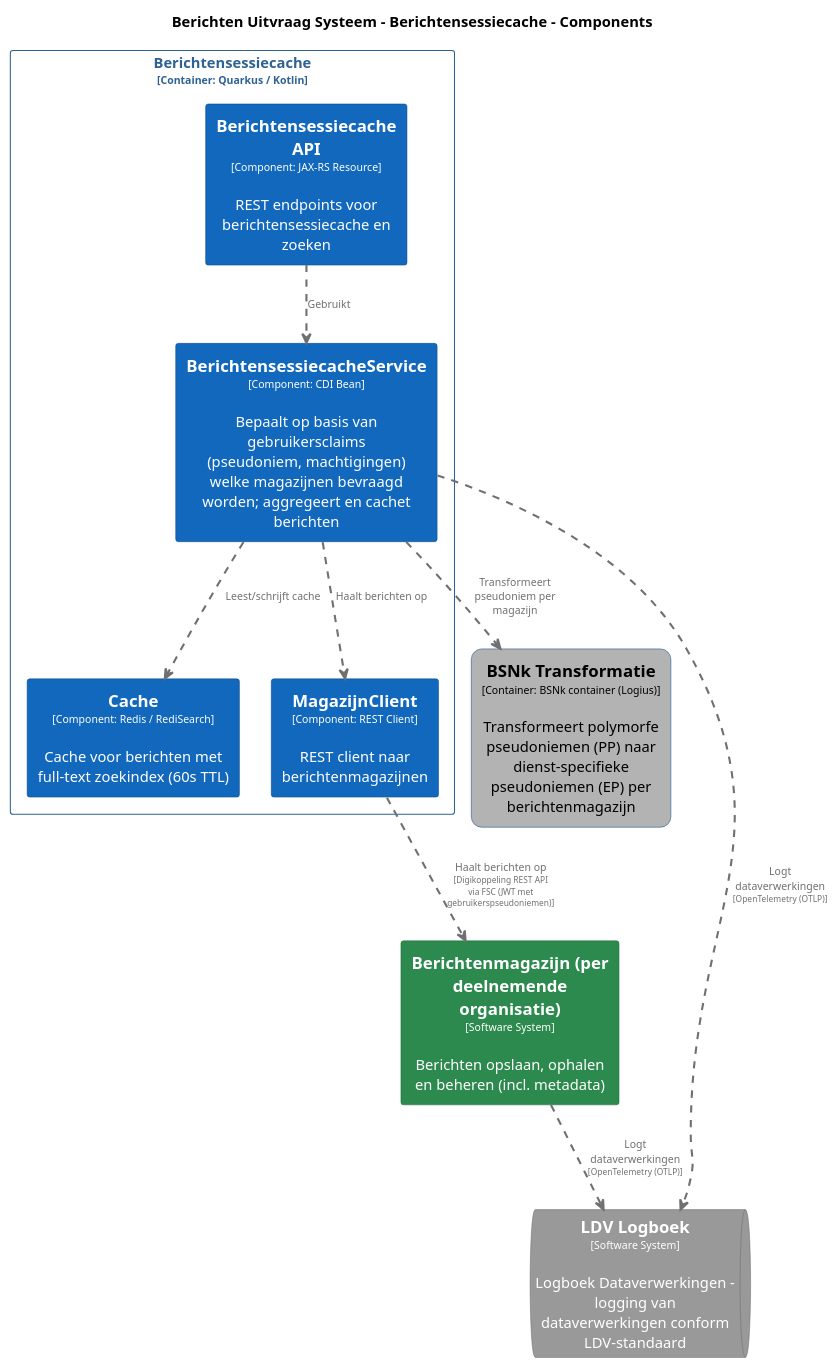
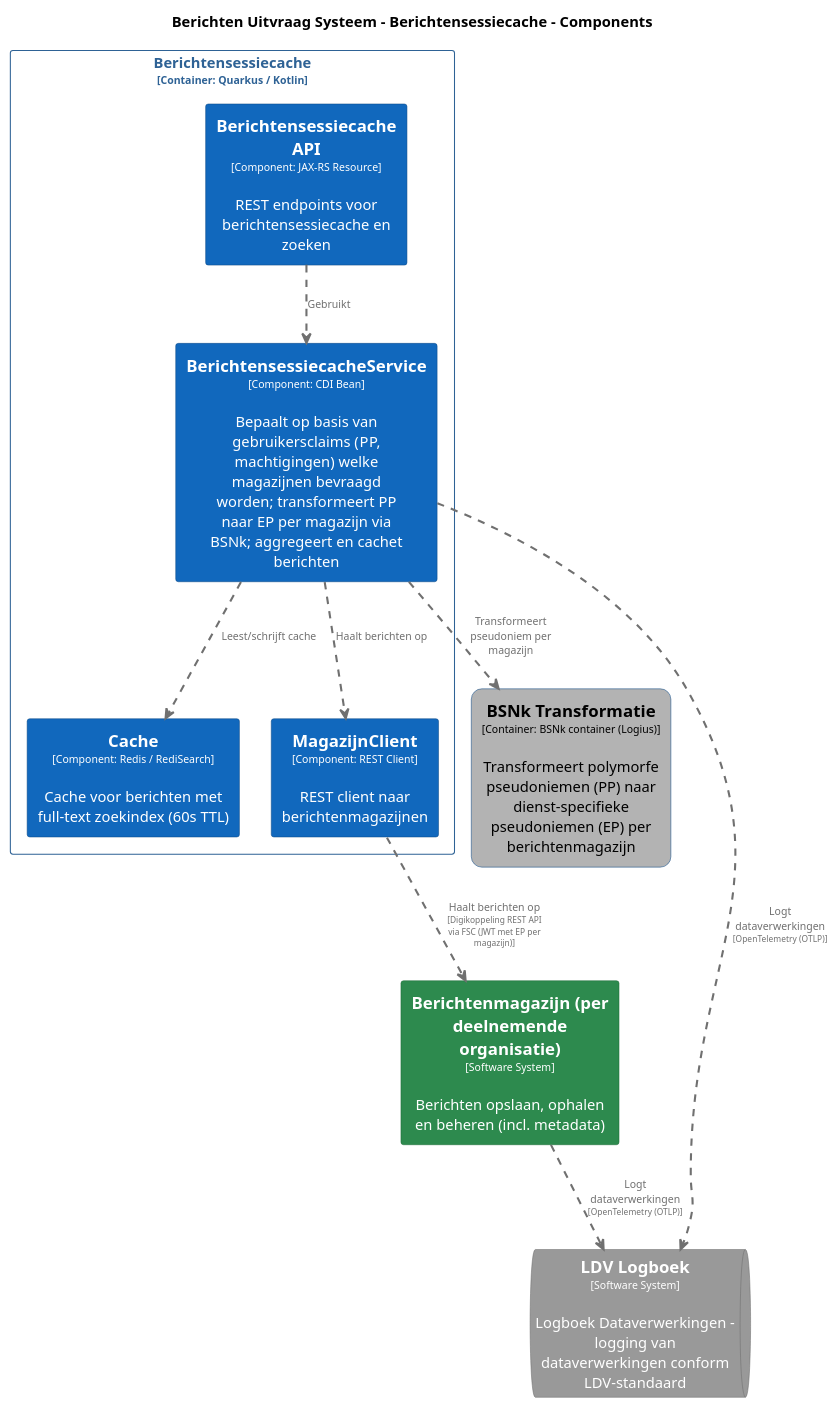
One commit to MinBZK/moza-poc-fbs-berichtenbox changed the diagram in pr-preview/pr-22/master/puml/BerichtensessiecacheComponenten.puml. Above: the diagram before and after it, drawn with PlantUML. The commit also changed 34 other files, not shown here.

```diff
--- a/pr-preview/pr-22/master/puml/BerichtensessiecacheComponenten.puml
+++ b/pr-preview/pr-22/master/puml/BerichtensessiecacheComponenten.puml
@@ -1,85 +1,85 @@
 @startuml
 set separator none
 title Berichten Uitvraag Systeem - Berichtensessiecache - Components
 
 top to bottom direction
 skinparam ranksep 60
 skinparam nodesep 30
 
 skinparam {
   arrowFontSize 10
   defaultTextAlignment center
   wrapWidth 200
   maxMessageSize 100
 }
 
 hide stereotype
 
 skinparam rectangle<<BerichtenUitvraagSysteem.BSNkTransformatie>> {
   BackgroundColor #b3b3b3
   FontColor #000000
   BorderColor #0b4884
   roundCorner 20
   shadowing false
 }
 skinparam rectangle<<Berichtenmagazijnperdeelnemendeorganisatie>> {
   BackgroundColor #2d8a4e
   FontColor #ffffff
   BorderColor #1e6b38
   shadowing false
 }
 skinparam rectangle<<BerichtenUitvraagSysteem.Berichtensessiecache.BerichtensessiecacheAPI>> {
   BackgroundColor #1168bd
   FontColor #ffffff
   BorderColor #0b4884
   shadowing false
 }
 skinparam rectangle<<BerichtenUitvraagSysteem.Berichtensessiecache.BerichtensessiecacheService>> {
   BackgroundColor #1168bd
   FontColor #ffffff
   BorderColor #0b4884
   shadowing false
 }
 skinparam rectangle<<BerichtenUitvraagSysteem.Berichtensessiecache.Cache>> {
   BackgroundColor #1168bd
   FontColor #ffffff
   BorderColor #0b4884
   shadowing false
 }
 skinparam queue<<LDVLogboek>> {
   BackgroundColor #999999
   FontColor #ffffff
   BorderColor #6b6b6b
   shadowing false
 }
 skinparam rectangle<<BerichtenUitvraagSysteem.Berichtensessiecache.MagazijnClient>> {
   BackgroundColor #1168bd
   FontColor #ffffff
   BorderColor #0b4884
   shadowing false
 }
 skinparam rectangle<<BerichtenUitvraagSysteem.Berichtensessiecache>> {
   BorderColor #2e6295
   FontColor #2e6295
   shadowing false
 }
 
 rectangle "==Berichtenmagazijn (per deelnemende organisatie)\n<size:10>[Software System]</size>\n\nBerichten opslaan, ophalen en beheren (incl. metadata)" <<Berichtenmagazijnperdeelnemendeorganisatie>> as Berichtenmagazijnperdeelnemendeorganisatie
 rectangle "==BSNk Transformatie\n<size:10>[Container: BSNk container (Logius)]</size>\n\nTransformeert polymorfe pseudoniemen (PP) naar dienst-specifieke pseudoniemen (EP) per berichtenmagazijn" <<BerichtenUitvraagSysteem.BSNkTransformatie>> as BerichtenUitvraagSysteem.BSNkTransformatie
 queue "==LDV Logboek\n<size:10>[Software System]</size>\n\nLogboek Dataverwerkingen - logging van dataverwerkingen conform LDV-standaard" <<LDVLogboek>> as LDVLogboek
 
 rectangle "Berichtensessiecache\n<size:10>[Container: Quarkus / Kotlin]</size>" <<BerichtenUitvraagSysteem.Berichtensessiecache>> {
   rectangle "==Berichtensessiecache API\n<size:10>[Component: JAX-RS Resource]</size>\n\nREST endpoints voor berichtensessiecache en zoeken" <<BerichtenUitvraagSysteem.Berichtensessiecache.BerichtensessiecacheAPI>> as BerichtenUitvraagSysteem.Berichtensessiecache.BerichtensessiecacheAPI
-  rectangle "==BerichtensessiecacheService\n<size:10>[Component: CDI Bean]</size>\n\nBepaalt op basis van gebruikersclaims (pseudoniem, machtigingen) welke magazijnen bevraagd worden; aggregeert en cachet berichten" <<BerichtenUitvraagSysteem.Berichtensessiecache.BerichtensessiecacheService>> as BerichtenUitvraagSysteem.Berichtensessiecache.BerichtensessiecacheService
+  rectangle "==BerichtensessiecacheService\n<size:10>[Component: CDI Bean]</size>\n\nBepaalt op basis van gebruikersclaims (PP, machtigingen) welke magazijnen bevraagd worden; transformeert PP naar EP per magazijn via BSNk; aggregeert en cachet berichten" <<BerichtenUitvraagSysteem.Berichtensessiecache.BerichtensessiecacheService>> as BerichtenUitvraagSysteem.Berichtensessiecache.BerichtensessiecacheService
   rectangle "==Cache\n<size:10>[Component: Redis / RediSearch]</size>\n\nCache voor berichten met full-text zoekindex (60s TTL)" <<BerichtenUitvraagSysteem.Berichtensessiecache.Cache>> as BerichtenUitvraagSysteem.Berichtensessiecache.Cache
   rectangle "==MagazijnClient\n<size:10>[Component: REST Client]</size>\n\nREST client naar berichtenmagazijnen" <<BerichtenUitvraagSysteem.Berichtensessiecache.MagazijnClient>> as BerichtenUitvraagSysteem.Berichtensessiecache.MagazijnClient
 }
 
 Berichtenmagazijnperdeelnemendeorganisatie .[#707070,thickness=2].> LDVLogboek : "<color:#707070>Logt dataverwerkingen\n<color:#707070><size:8>[OpenTelemetry (OTLP)]</size>"
 BerichtenUitvraagSysteem.Berichtensessiecache.BerichtensessiecacheService .[#707070,thickness=2].> LDVLogboek : "<color:#707070>Logt dataverwerkingen\n<color:#707070><size:8>[OpenTelemetry (OTLP)]</size>"
 BerichtenUitvraagSysteem.Berichtensessiecache.BerichtensessiecacheAPI .[#707070,thickness=2].> BerichtenUitvraagSysteem.Berichtensessiecache.BerichtensessiecacheService : "<color:#707070>Gebruikt"
 BerichtenUitvraagSysteem.Berichtensessiecache.BerichtensessiecacheService .[#707070,thickness=2].> BerichtenUitvraagSysteem.Berichtensessiecache.Cache : "<color:#707070>Leest/schrijft cache"
 BerichtenUitvraagSysteem.Berichtensessiecache.BerichtensessiecacheService .[#707070,thickness=2].> BerichtenUitvraagSysteem.Berichtensessiecache.MagazijnClient : "<color:#707070>Haalt berichten op"
 BerichtenUitvraagSysteem.Berichtensessiecache.BerichtensessiecacheService .[#707070,thickness=2].> BerichtenUitvraagSysteem.BSNkTransformatie : "<color:#707070>Transformeert pseudoniem per magazijn"
-BerichtenUitvraagSysteem.Berichtensessiecache.MagazijnClient .[#707070,thickness=2].> Berichtenmagazijnperdeelnemendeorganisatie : "<color:#707070>Haalt berichten op\n<color:#707070><size:8>[Digikoppeling REST API via FSC (JWT met gebruikerspseudoniemen)]</size>"
+BerichtenUitvraagSysteem.Berichtensessiecache.MagazijnClient .[#707070,thickness=2].> Berichtenmagazijnperdeelnemendeorganisatie : "<color:#707070>Haalt berichten op\n<color:#707070><size:8>[Digikoppeling REST API via FSC (JWT met EP per magazijn)]</size>"
 @enduml
```
